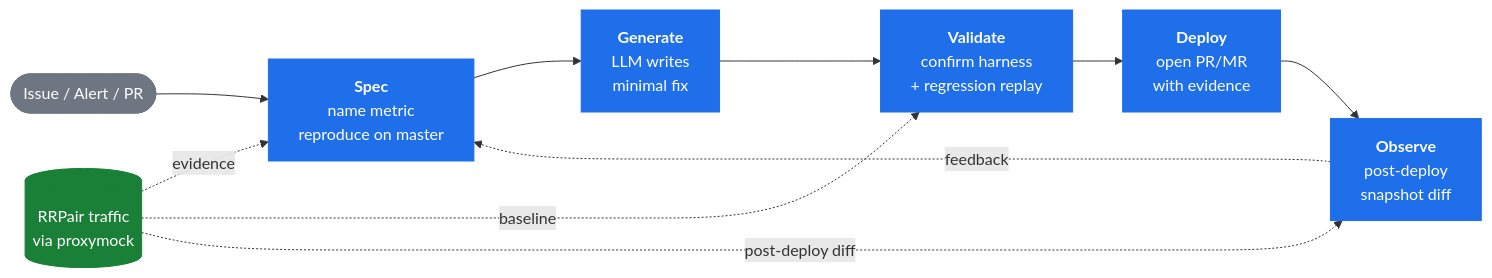
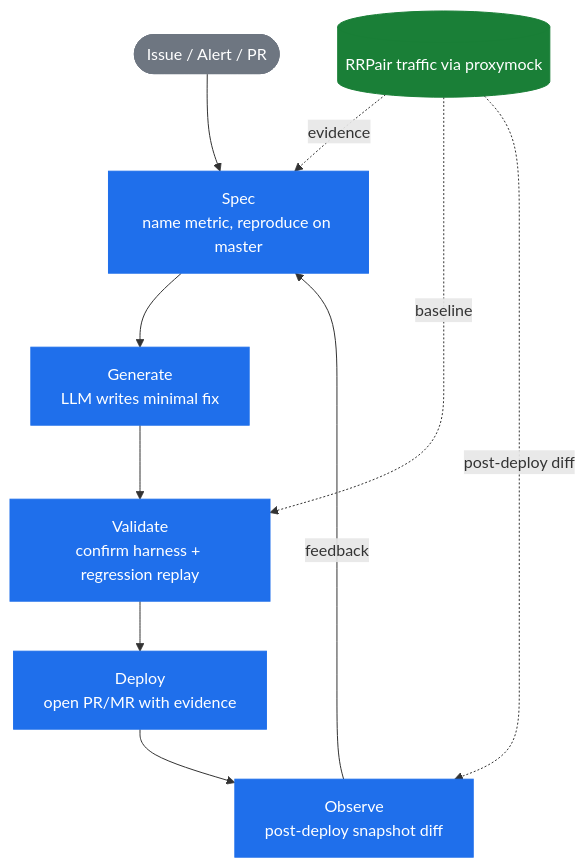
The first of 2 diagrams in README.md (speedscale/agent-factory), drawn with Mermaid before and after one commit. The commit also changed other lines of this file, not shown here.

Commit message:
docs(readme): fix BYOC diagram lexical error + switch to TD layout
The BYOC diagram failed to render entirely — `-. loki-gather.py .->`
contains a period inside what mermaid's dotted-arrow syntax parses as a
label boundary, so `.py` was treated as a new arrow segment and the
parser bailed with "Lexical error on line 6". Renamed the edge label to
plain `loki-gather` on a solid arrow.

The loop diagram had its Observe node clipped behind GitHub's zoom
controls on standard viewport widths — LR was too wide for a content
column. Both diagrams now use TD (top-down), drop the `<b>` tags (the
classDef styling does the emphasis already), and use per-node `style`
declarations instead of classDef shorthand so the parser doesn't have
to juggle class attachments next to edge syntax.

````diff
--- a/README.md
+++ b/README.md
@@ -7,19 +7,24 @@
 ```mermaid
-flowchart LR
-    issue([Issue / Alert / PR]):::trigger --> spec
-    spec[<b>Spec</b><br/>name metric<br/>reproduce on master]:::phase
-    spec --> gen[<b>Generate</b><br/>LLM writes<br/>minimal fix]:::phase
-    gen --> val[<b>Validate</b><br/>confirm harness<br/>+ regression replay]:::phase
-    val --> dep[<b>Deploy</b><br/>open PR/MR<br/>with evidence]:::phase
-    dep --> obs[<b>Observe</b><br/>post-deploy<br/>snapshot diff]:::phase
-    obs -. feedback .-> spec
+flowchart TD
+    issue([Issue / Alert / PR])
+    issue --> spec
+    spec[Spec<br/>name metric, reproduce on master]
+    spec --> gen[Generate<br/>LLM writes minimal fix]
+    gen --> val[Validate<br/>confirm harness + regression replay]
+    val --> dep[Deploy<br/>open PR/MR with evidence]
+    dep --> obs[Observe<br/>post-deploy snapshot diff]
+    obs -- feedback --> spec
 
-    traffic[("RRPair traffic<br/>via proxymock")]:::evidence
+    traffic[("RRPair traffic via proxymock")]
     traffic -. evidence .-> spec
     traffic -. baseline .-> val
     traffic -. post-deploy diff .-> obs
 
-    classDef phase fill:#1f6feb,stroke:#1f6feb,color:#fff
-    classDef trigger fill:#6e7681,stroke:#6e7681,color:#fff
-    classDef evidence fill:#1a7f37,stroke:#1a7f37,color:#fff
+    style traffic fill:#1a7f37,stroke:#1a7f37,color:#fff
+    style issue fill:#6e7681,stroke:#6e7681,color:#fff
+    style spec fill:#1f6feb,stroke:#1f6feb,color:#fff
+    style gen fill:#1f6feb,stroke:#1f6feb,color:#fff
+    style val fill:#1f6feb,stroke:#1f6feb,color:#fff
+    style dep fill:#1f6feb,stroke:#1f6feb,color:#fff
+    style obs fill:#1f6feb,stroke:#1f6feb,color:#fff
 ```
````
